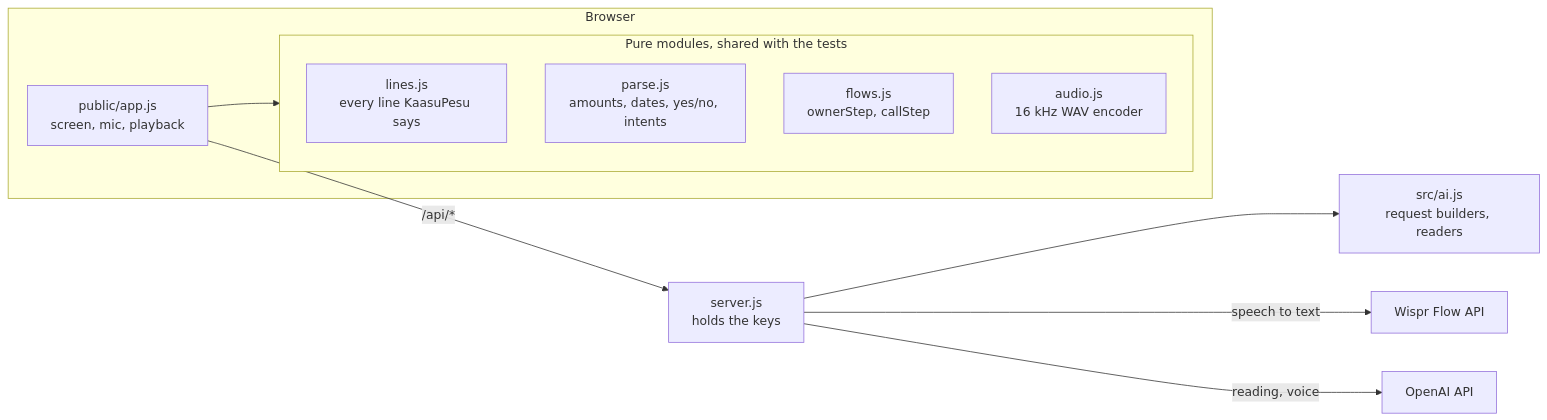
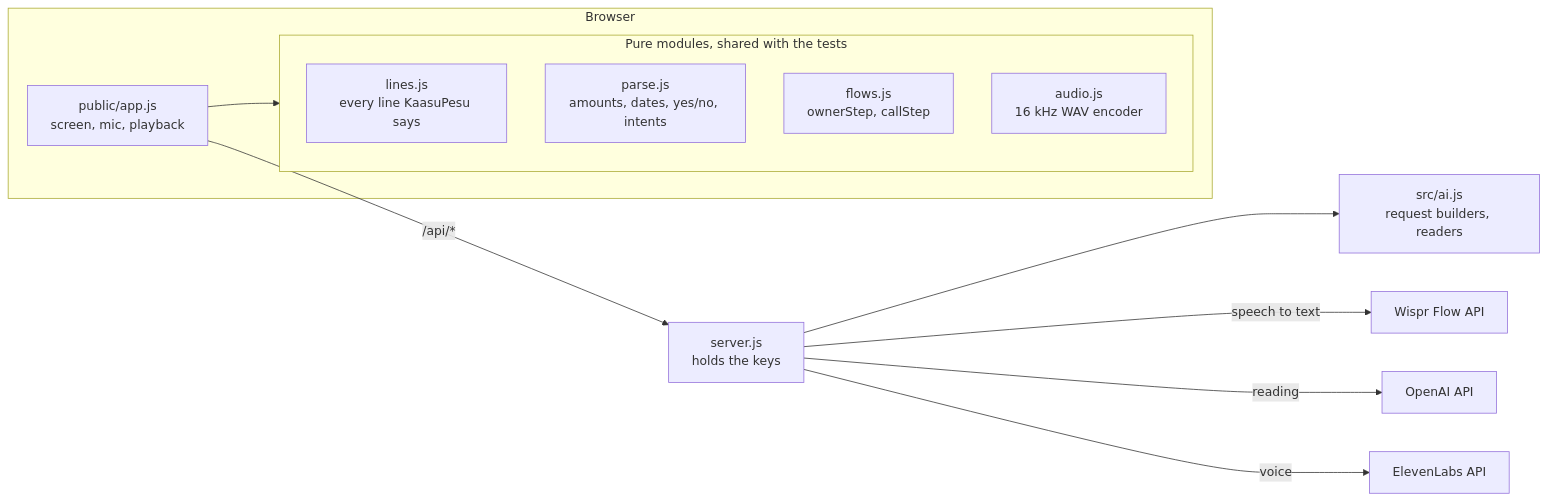
One commit to Nithish7680/kaasupesu changed the first of 3 diagrams in docs/ARCHITECTURE.md. Above: the diagram before and after it, drawn with Mermaid. The commit also changed other lines of this file and 13 other files, not shown here.

First line of the commit message:
feat: speak with ElevenLabs voices instead of OpenAI's

````diff
--- a/docs/ARCHITECTURE.md
+++ b/docs/ARCHITECTURE.md
@@ -20,17 +20,18 @@
 ```mermaid
 flowchart LR
   subgraph Browser
     APP["public/app.js<br/>screen, mic, playback"]
     subgraph CORE["Pure modules, shared with the tests"]
       LINES["lines.js<br/>every line KaasuPesu says"]
       PARSE["parse.js<br/>amounts, dates, yes/no, intents"]
       FLOWS["flows.js<br/>ownerStep, callStep"]
       AUDIO["audio.js<br/>16 kHz WAV encoder"]
     end
     APP --> CORE
   end
   APP -- "/api/*" --> SERVER["server.js<br/>holds the keys"]
   SERVER --> AI["src/ai.js<br/>request builders, readers"]
   SERVER -- "speech to text" --> WISPR["Wispr Flow API"]
-  SERVER -- "reading, voice" --> OPENAI["OpenAI API"]
+  SERVER -- "reading" --> OPENAI["OpenAI API"]
+  SERVER -- "voice" --> ELEVEN["ElevenLabs API"]
 ```
````
